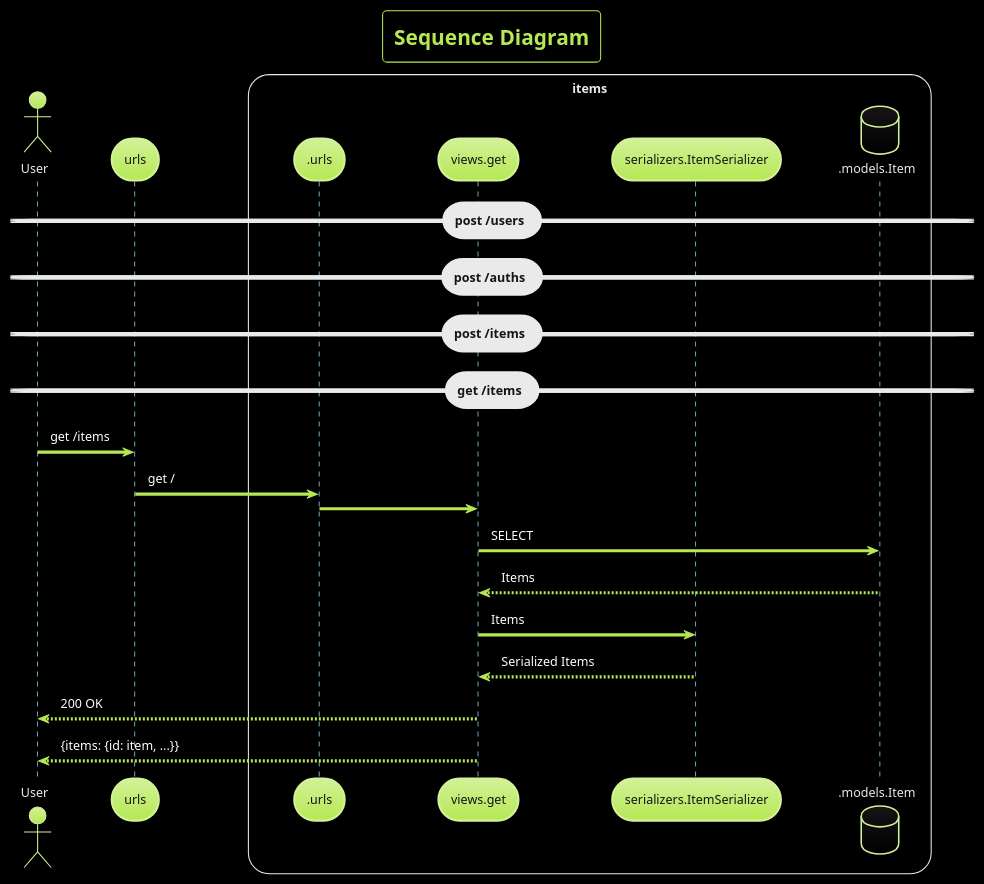
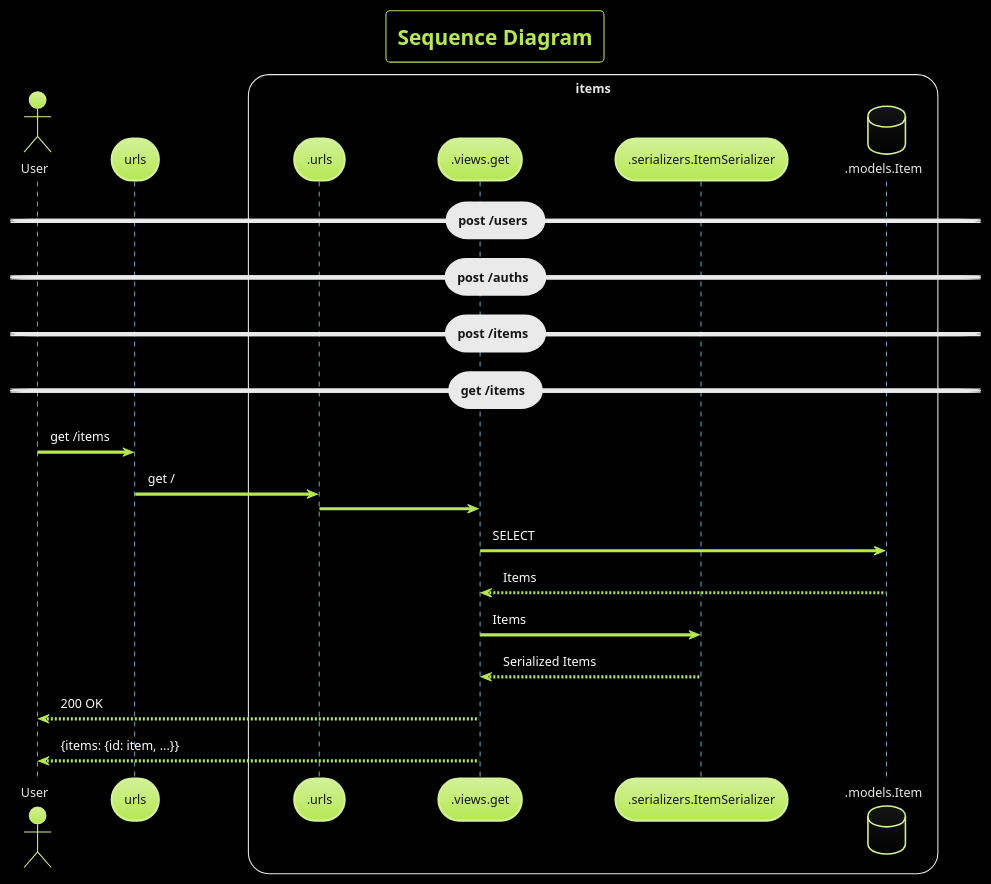
The fifth of 5 diagrams in design.plantuml (AdityaShenoy/FlipCart), drawn with PlantUML before and after one commit.

Commit message:
docs: add dot prefix for submodules

```diff
--- a/design.plantuml
+++ b/design.plantuml
@@ -97,28 +97,28 @@
 @startuml 5
 
     !theme hacker
     skinparam BackgroundColor black
     title "Sequence Diagram"
 
     actor User
     participant urls
     box items
     participant .urls
-    participant views.get
-    participant serializers.ItemSerializer
+    participant .views.get
+    participant .serializers.ItemSerializer
     database .models.Item
 
     == post /users ==
     == post /auths ==
     == post /items ==
     == get /items ==
-    User      ->  urls                       : get /items
-    urls      ->  .urls                      : get /
-    .urls     ->  views.get                  :
-    views.get ->  .models.Item               : SELECT
-    views.get <-- .models.Item               : Items
-    views.get ->  serializers.ItemSerializer : Items
-    views.get <-- serializers.ItemSerializer : Serialized Items
-    User      <-- views.get                  : 200 OK
-    User      <-- views.get                  : {items: {id: item, ...}}
+    User       ->  urls                        : get /items
+    urls       ->  .urls                       : get /
+    .urls      ->  .views.get                  :
+    .views.get ->  .models.Item                : SELECT
+    .views.get <-- .models.Item                : Items
+    .views.get ->  .serializers.ItemSerializer : Items
+    .views.get <-- .serializers.ItemSerializer : Serialized Items
+    User       <-- .views.get                  : 200 OK
+    User       <-- .views.get                  : {items: {id: item, ...}}
 @enduml
```
